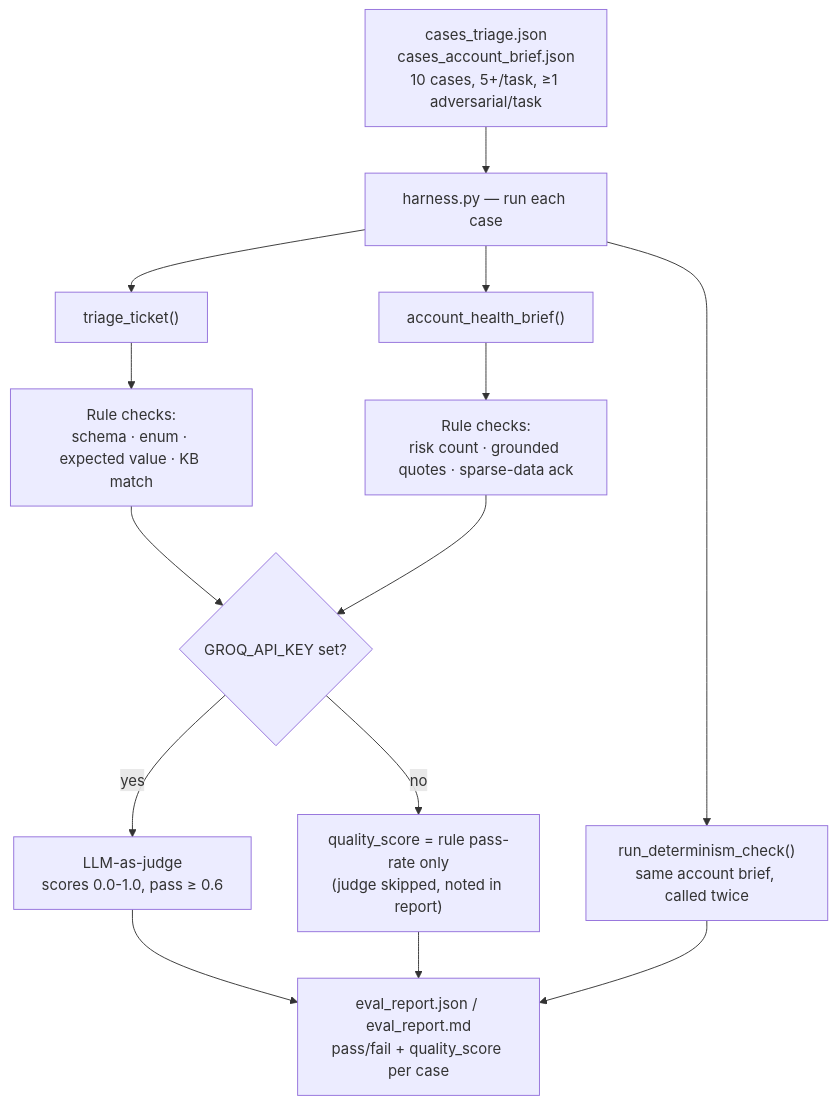
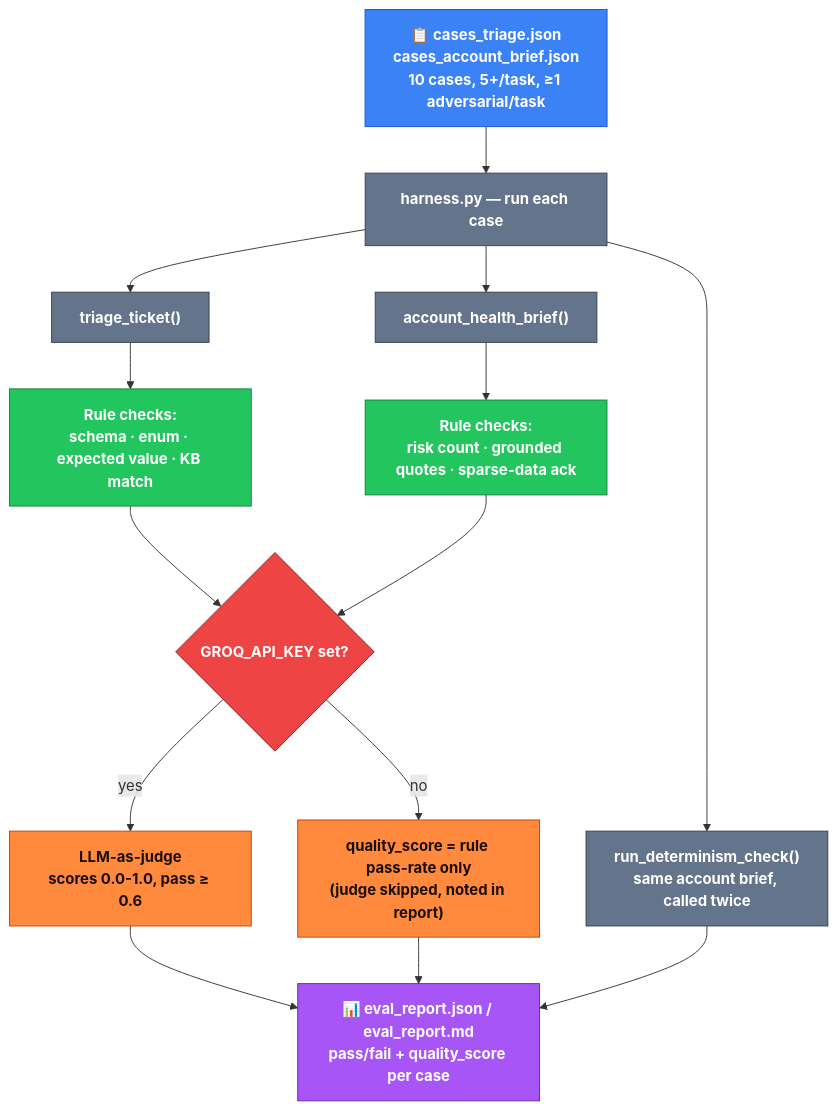
The fourth of 4 diagrams in README.md (JMadhan1/zycus), drawn with Mermaid before and after one commit. The commit also changed other lines of this file, not shown here.

First line of the commit message:
Color-code all four architecture diagrams for readability

````diff
--- a/README.md
+++ b/README.md
@@ -171,16 +208,30 @@
 ```mermaid
 flowchart TD
-    Cases["cases_triage.json<br/>cases_account_brief.json<br/>10 cases, 5+/task, ≥1 adversarial/task"] --> Run["harness.py — run each case"]
+    Cases["📋 cases_triage.json<br/>cases_account_brief.json<br/>10 cases, 5+/task, ≥1 adversarial/task"] --> Run["harness.py — run each case"]
     Run --> P1["triage_ticket()"]
     Run --> P2["account_health_brief()"]
     P1 --> R1["Rule checks:<br/>schema · enum · expected value · KB match"]
     P2 --> R2["Rule checks:<br/>risk count · grounded quotes · sparse-data ack"]
     R1 --> Gate{"GROQ_API_KEY set?"}
     R2 --> Gate
     Gate -- yes --> Judge["LLM-as-judge<br/>scores 0.0-1.0, pass ≥ 0.6"]
     Gate -- no --> Skip["quality_score = rule pass-rate only<br/>(judge skipped, noted in report)"]
-    Judge --> Report["eval_report.json / eval_report.md<br/>pass/fail + quality_score per case"]
+    Judge --> Report["📊 eval_report.json / eval_report.md<br/>pass/fail + quality_score per case"]
     Skip --> Report
     Run --> Det["run_determinism_check()<br/>same account brief, called twice"]
     Det --> Report
+
+    classDef cases fill:#3b82f6,stroke:#1d4ed8,color:#fff,font-weight:bold
+    classDef pipeline fill:#64748b,stroke:#334155,color:#fff,font-weight:bold
+    classDef rules fill:#22c55e,stroke:#15803d,color:#fff,font-weight:bold
+    classDef gate fill:#ef4444,stroke:#991b1b,color:#fff,font-weight:bold
+    classDef judge fill:#ff8a3d,stroke:#c2410c,color:#1a0f00,font-weight:bold
+    classDef report fill:#a855f7,stroke:#6b21a8,color:#fff,font-weight:bold
+
+    class Cases cases
+    class Run,P1,P2,Det pipeline
+    class R1,R2 rules
+    class Gate gate
+    class Judge,Skip judge
+    class Report report
 ```
````
